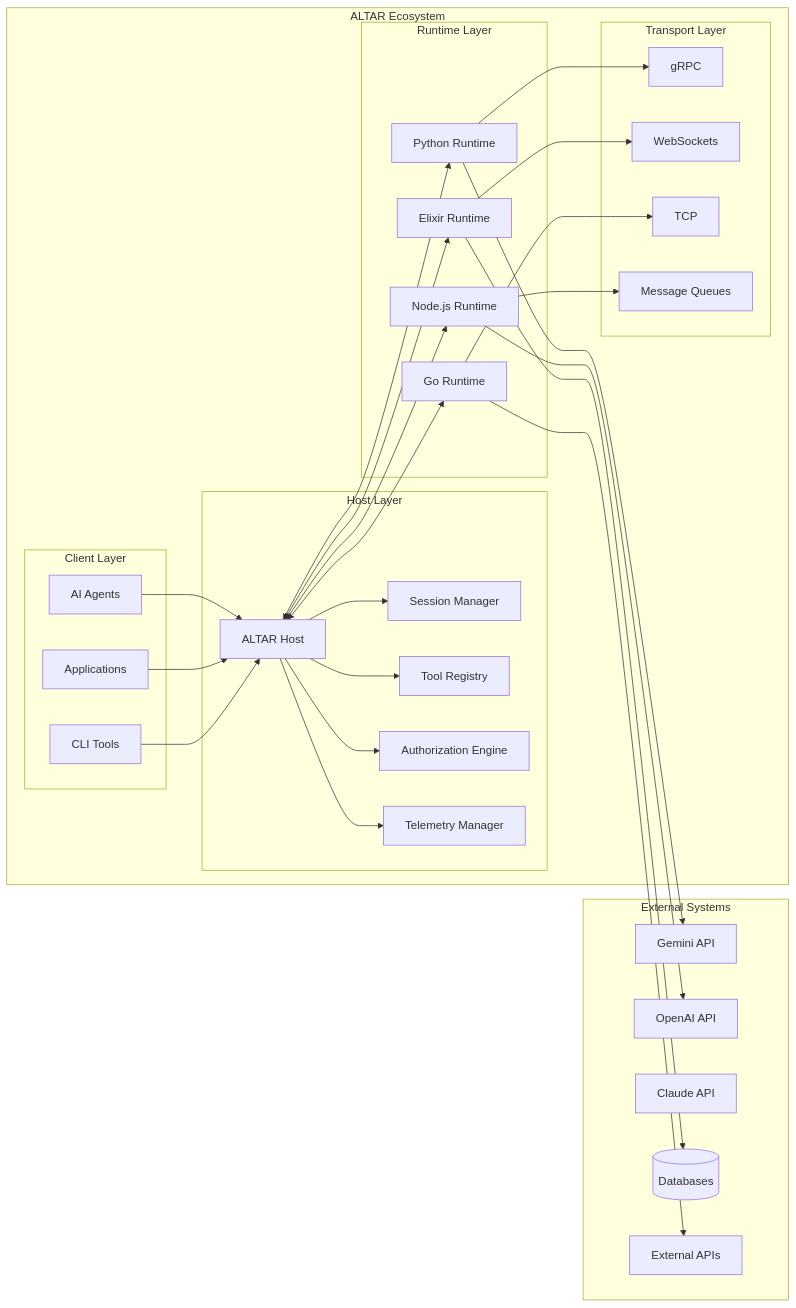
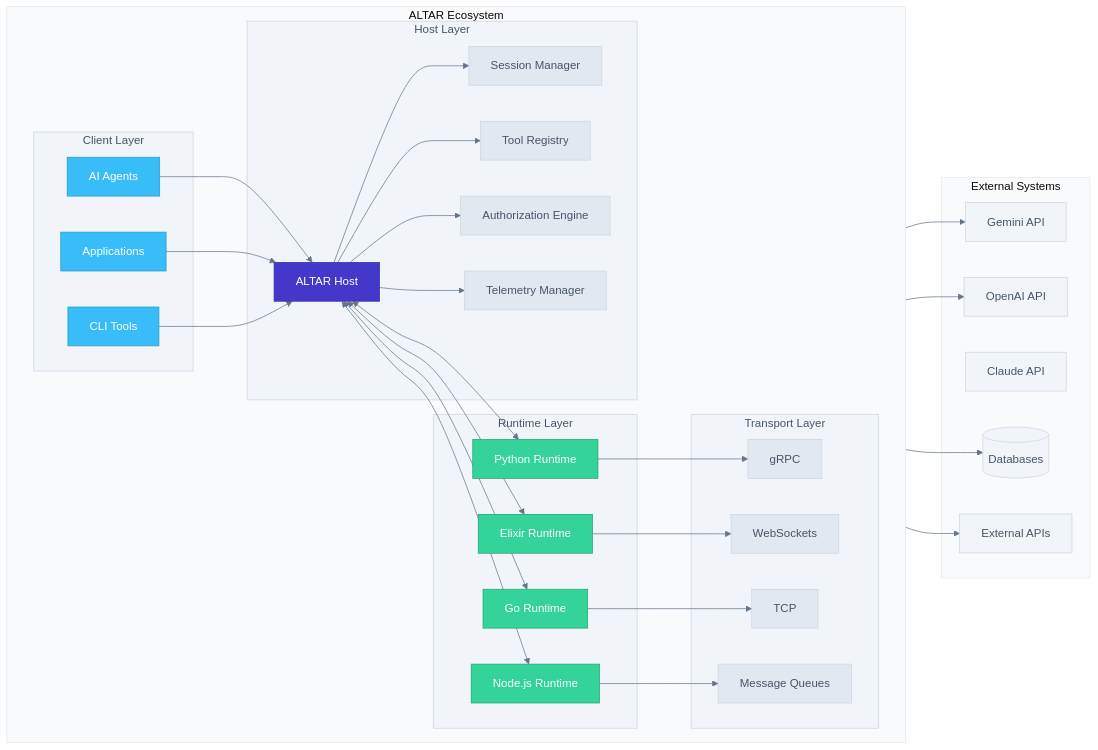
The diagram in .kiro/specs/altar-protocol/design.md (nshkrdotcom/ALTAR), drawn with Mermaid before and after one commit.

````diff
--- a/.kiro/specs/altar-protocol/design.md
+++ b/.kiro/specs/altar-protocol/design.md
@@ -13,41 +13,86 @@
 ```mermaid
+%%{
+  init: {
+    'theme': 'base',
+    'themeVariables': {
+      'background': '#ffffff',
+      'primaryColor': '#f8fafc',
+      'primaryTextColor': '#1e293b',
+      'lineColor': '#64748b',
+      'secondaryColor': '#e2e8f0',
+      'tertiaryColor': '#f1f5f9',
+      'primaryBorderColor': '#e2e8f0',
+      'secondaryBorderColor': '#cbd5e1',
+      'tertiaryBorderColor': '#94a3b8'
+    }
+  }
+}%%
 graph LR
-    subgraph "ALTAR Ecosystem"
-        subgraph "Host Layer"
+    subgraph AE ["ALTAR Ecosystem"]
+      direction LR
+      style AE fill:#f8fafc,stroke:#e2e8f0
+
+        subgraph HL ["Host Layer"]
+            style HL fill:#f1f5f9,stroke:#cbd5e1,color:#475569
             HOST[ALTAR Host]
             SM[Session Manager]
             TR[Tool Registry]
             AR[Authorization Engine]
             TM[Telemetry Manager]
+            style HOST fill:#4338ca,stroke:#3730a3,color:#ffffff,fontWeight:bold
+            style SM fill:#e2e8f0,stroke:#cbd5e1,color:#475569
+            style TR fill:#e2e8f0,stroke:#cbd5e1,color:#475569
+            style AR fill:#e2e8f0,stroke:#cbd5e1,color:#475569
+            style TM fill:#e2e8f0,stroke:#cbd5e1,color:#475569
         end
         
-        subgraph "Runtime Layer"
+        subgraph RL ["Runtime Layer"]
+            style RL fill:#f1f5f9,stroke:#cbd5e1,color:#475569
             RT1[Python Runtime]
             RT2[Elixir Runtime]
             RT3[Go Runtime]
             RT4[Node.js Runtime]
+            style RT1 fill:#34d399,stroke:#25a274,color:#ffffff
+            style RT2 fill:#34d399,stroke:#25a274,color:#ffffff
+            style RT3 fill:#34d399,stroke:#25a274,color:#ffffff
+            style RT4 fill:#34d399,stroke:#25a274,color:#ffffff
         end
         
-        subgraph "Client Layer"
+        subgraph CL ["Client Layer"]
+            style CL fill:#f1f5f9,stroke:#cbd5e1,color:#475569
             AI[AI Agents]
             APP[Applications]
             CLI[CLI Tools]
+            style AI fill:#38bdf8,stroke:#2899c8,color:#ffffff
+            style APP fill:#38bdf8,stroke:#2899c8,color:#ffffff
+            style CLI fill:#38bdf8,stroke:#2899c8,color:#ffffff
         end
         
-        subgraph "Transport Layer"
+        subgraph TL ["Transport Layer"]
+            style TL fill:#f1f5f9,stroke:#cbd5e1,color:#475569
             GRPC[gRPC]
             WS[WebSockets]
             TCP[TCP]
             MQ[Message Queues]
+            style GRPC fill:#e2e8f0,stroke:#cbd5e1,color:#475569
+            style WS fill:#e2e8f0,stroke:#cbd5e1,color:#475569
+            style TCP fill:#e2e8f0,stroke:#cbd5e1,color:#475569
+            style MQ fill:#e2e8f0,stroke:#cbd5e1,color:#475569
         end
     end
     
-    subgraph "External Systems"
+    subgraph ES ["External Systems"]
+        style ES fill:#f8fafc,stroke:#e2e8f0
         GEMINI[Gemini API]
         OPENAI[OpenAI API]
         CLAUDE[Claude API]
         DB[(Databases)]
         API[External APIs]
+        style GEMINI fill:#f1f5f9,stroke:#cbd5e1,color:#475569
+        style OPENAI fill:#f1f5f9,stroke:#cbd5e1,color:#475569
+        style CLAUDE fill:#f1f5f9,stroke:#cbd5e1,color:#475569
+        style DB fill:#f1f5f9,stroke:#cbd5e1,color:#475569
+        style API fill:#f1f5f9,stroke:#cbd5e1,color:#475569
     end
     
     %% Connections
````
